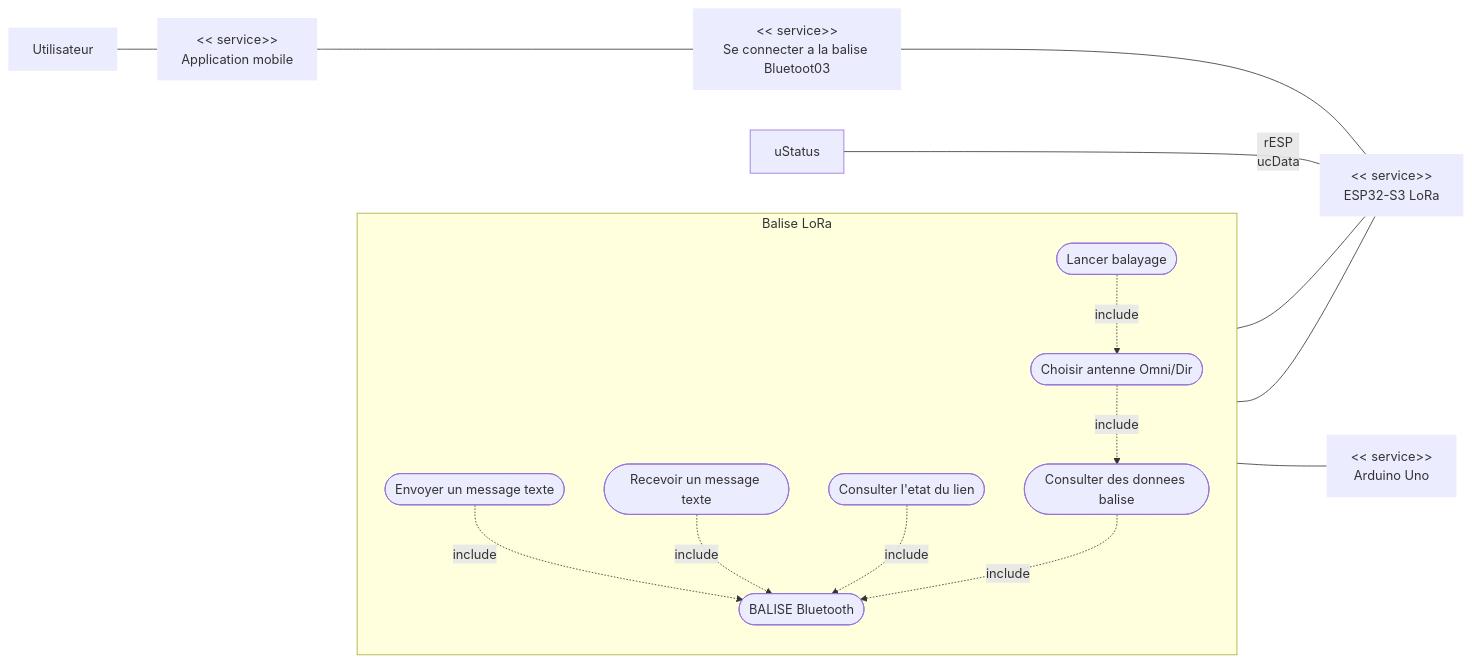
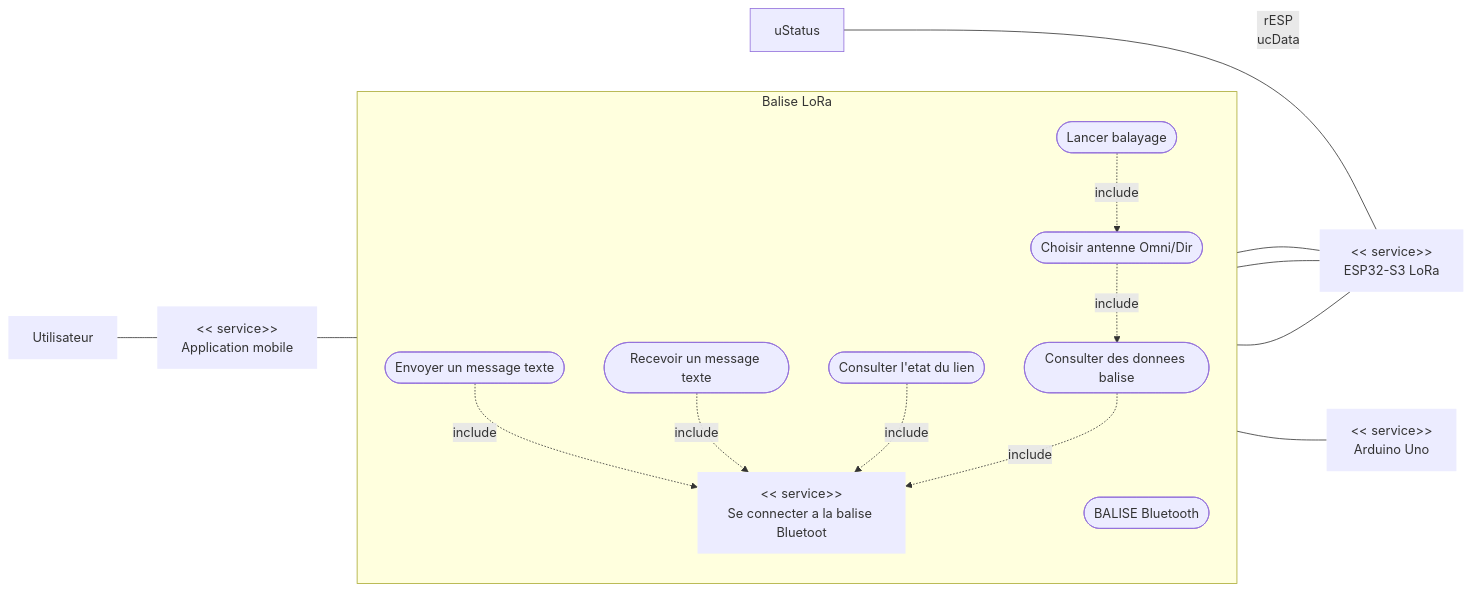
Before and after one commit to SHU445/Projet-LoRa-72h: the first of 7 diagrams in Diagrammes_SysML_Projet_LoRa.md, drawn with Mermaid.

Commit message:
"CorrectUseCase2.10"

````diff
--- a/Diagrammes_SysML_Projet_LoRa.md
+++ b/Diagrammes_SysML_Projet_LoRa.md
@@ -12,40 +12,40 @@
 ```mermaid
 flowchart LR
   rU["Utilisateur"]:::role
   rAPP["<< service>>\nApplication mobile"]:::role
   rESP["<< service>>\nESP32-S3 LoRa"]:::role
   rARD["<< service>>\nArduino Uno"]:::role
-  rCONN["<< service>>\nSe connecter a la balise Bluetoot03"]:::role
+  rCONN["<< service>>\nSe connecter a la balise Bluetoot"]:::role
 
   subgraph S["Balise LoRa"]
     direction TB
     uCo([BALISE Bluetooth])
     ucSend([Envoyer un message texte])
     ucReceive([Recevoir un message texte])
     ucStatus([Consulter l'etat du lien])
     ucData([Consulter des donnees balise])
     ucSelectAntenna([Choisir antenne Omni/Dir])
     ucScan([Lancer balayage])
 
-    ucSend -. include .-> uCo
-    ucReceive -. include .-> uCo
-    ucStatus -. include .-> uCo
-    ucData -. include .-> uCo
+    ucSend -. include .-> rCONN
+    ucReceive -. include .-> rCONN
+    ucStatus -. include .-> rCONN
+    ucData -. include .-> rCONN
     ucSelectAntenna -. include .-> ucData
     ucScan -. include .-> ucSelectAntenna
   end
 
   rU --- rAPP
   rAPP --- rCONN
   rCONN --- rESP
 
   ucSend --- rESP
   uStatus --rESP
   ucData --- rESP
   ucSelectAntenna --- rESP
 
 
   ucScan --- rARD
 
   classDef role stroke-width:0px;
 ```
````
